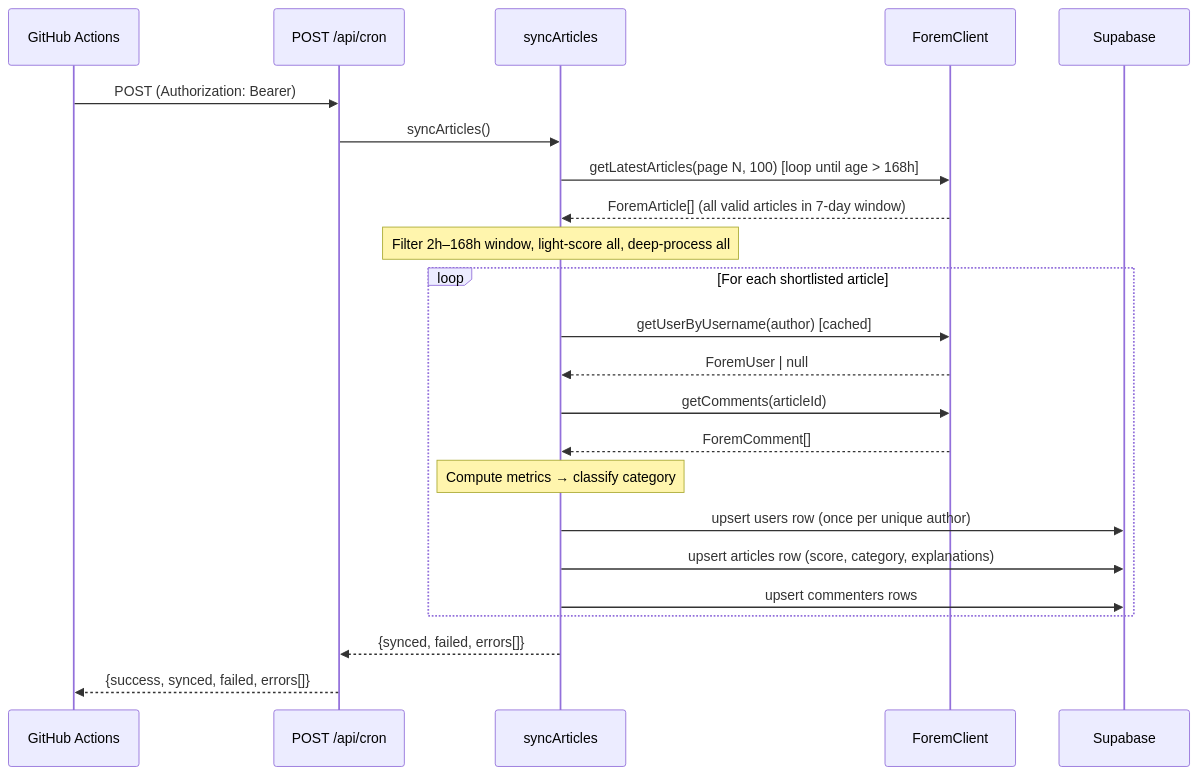
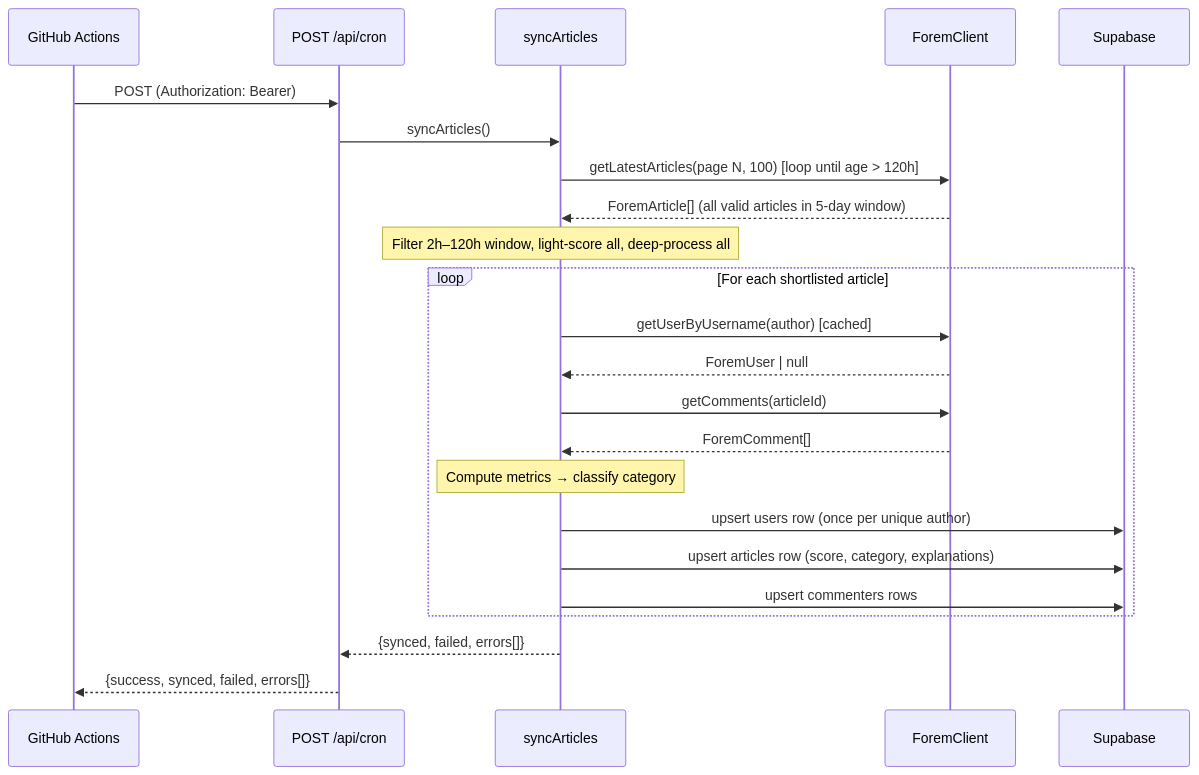
One commit to ChecKMarKDevTools/dev-community-dashboard changed the second of 3 diagrams in README.md. Above: the diagram before and after it, drawn with Mermaid. The commit also changed other lines of this file, not shown here.

Commit message:
docs: update README to reflect 5-day sync window and backfill/purge steps

````diff
--- a/README.md
+++ b/README.md
@@ -40,28 +40,28 @@
 ```mermaid
 sequenceDiagram
   participant GHA as GitHub Actions
   participant Cron as POST /api/cron
   participant Sync as syncArticles
   participant FC as ForemClient
   participant SB as Supabase
 
   GHA->>Cron: POST (Authorization: Bearer)
   Cron->>Sync: syncArticles()
-  Sync->>FC: getLatestArticles(page N, 100) [loop until age > 168h]
-  FC-->>Sync: ForemArticle[] (all valid articles in 7-day window)
-  Note over Sync: Filter 2h–168h window, light-score all, deep-process all
+  Sync->>FC: getLatestArticles(page N, 100) [loop until age > 120h]
+  FC-->>Sync: ForemArticle[] (all valid articles in 5-day window)
+  Note over Sync: Filter 2h–120h window, light-score all, deep-process all
 
   loop For each shortlisted article
     Sync->>FC: getUserByUsername(author) [cached]
     FC-->>Sync: ForemUser | null
     Sync->>FC: getComments(articleId)
     FC-->>Sync: ForemComment[]
     Note over Sync: Compute metrics → classify category
     Sync->>SB: upsert users row (once per unique author)
     Sync->>SB: upsert articles row (score, category, explanations)
     Sync->>SB: upsert commenters rows
   end
 
   Sync-->>Cron: {synced, failed, errors[]}
   Cron-->>GHA: {success, synced, failed, errors[]}
 ```
````
